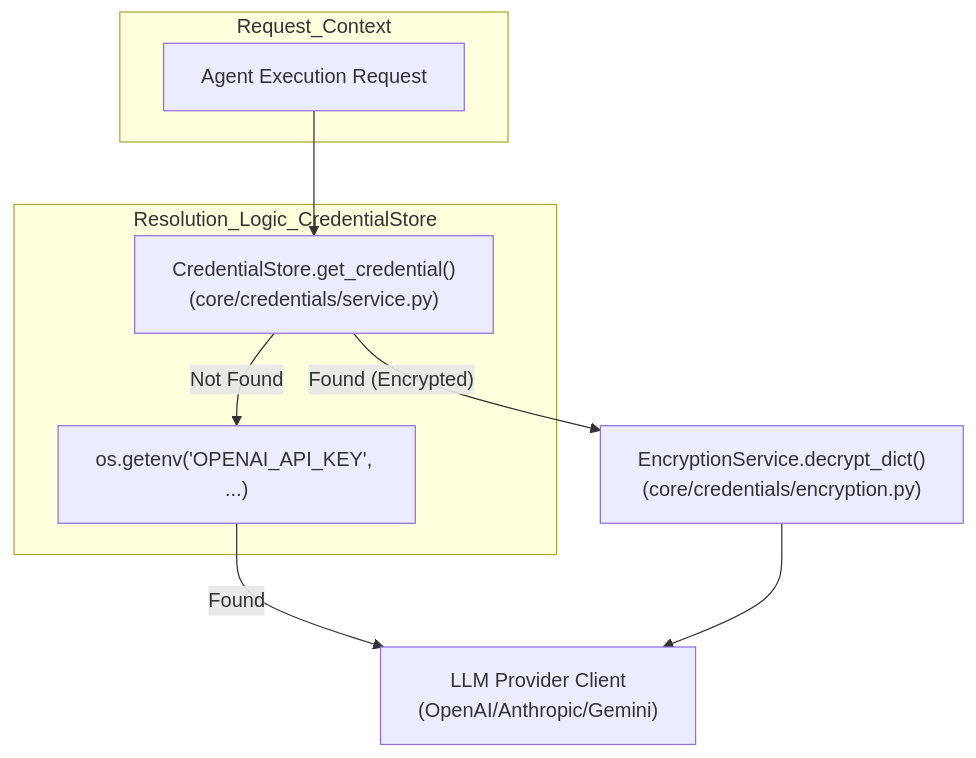
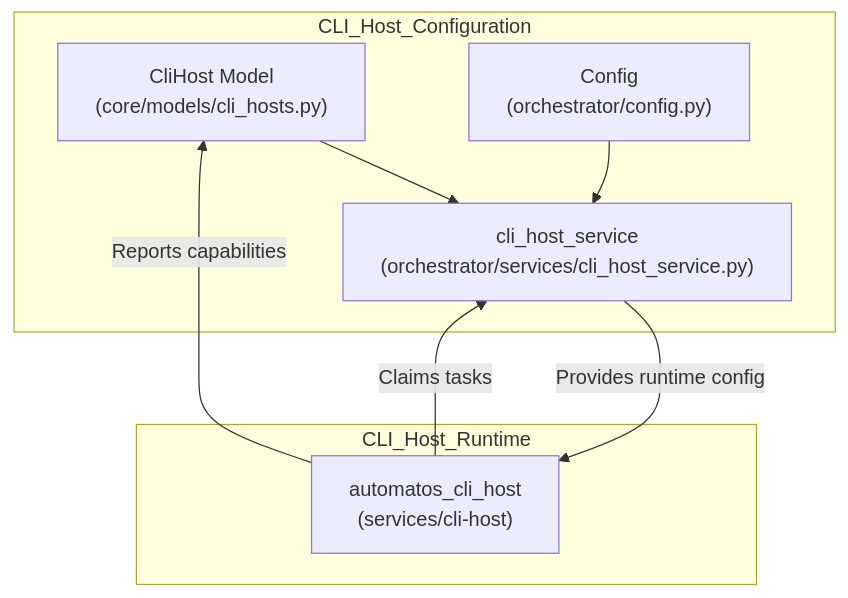
Before and after one commit to AutomatosAI/automatos-ai: the third of 3 diagrams in docs/deployment-infrastructure/environment-variables.md, drawn with Mermaid. The commit also changed other lines of this file and 191 other files, not shown here.

````diff
--- a/docs/deployment-infrastructure/environment-variables.md
+++ b/docs/deployment-infrastructure/environment-variables.md
@@ -161,17 +238,19 @@
 ```mermaid
 graph TD
-    subgraph "Request_Context"
-        Req["Agent Execution Request"]
+    subgraph "CLI_Host_Configuration"
+        CliHostModel["CliHost Model<br/>(core/models/cli_hosts.py)"]
+        CliHostService["cli_host_service<br/>(orchestrator/services/cli_host_service.py)"]
+        ConfigModule["Config<br/>(orchestrator/config.py)"]
     end
 
-    subgraph "Resolution_Logic_CredentialStore"
-        Store["CredentialStore.get_credential()<br/>(core/credentials/service.py)"]
-        Env["os.getenv('OPENAI_API_KEY', ...)"]
+    subgraph "CLI_Host_Runtime"
+        CliHostApp["automatos_cli_host<br/>(services/cli-host)"]
     end
 
-    Req --> Store
-    Store -- "Not Found" --> Env
-    Env -- "Found" --> Provider["LLM Provider Client<br/>(OpenAI/Anthropic/Gemini)"]
-    Store -- "Found (Encrypted)" --> Decrypt["EncryptionService.decrypt_dict()<br/>(core/credentials/encryption.py)"]
-    Decrypt --> Provider
+    ConfigModule --> CliHostService
+    CliHostModel --> CliHostService
+    CliHostService -- "Provides runtime config" --> CliHostApp
+
+    CliHostApp -- "Reports capabilities" --> CliHostModel
+    CliHostApp -- "Claims tasks" --> CliHostService
 ```
````
